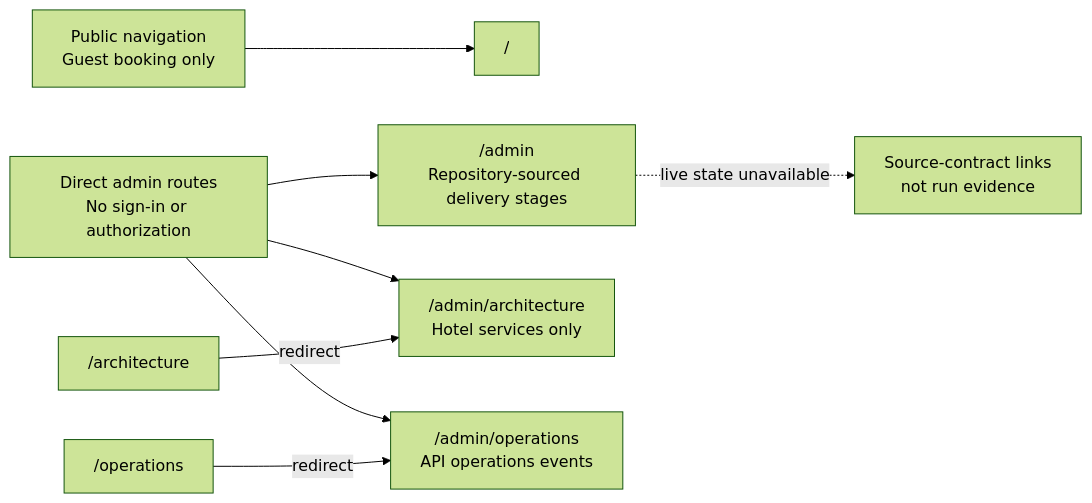
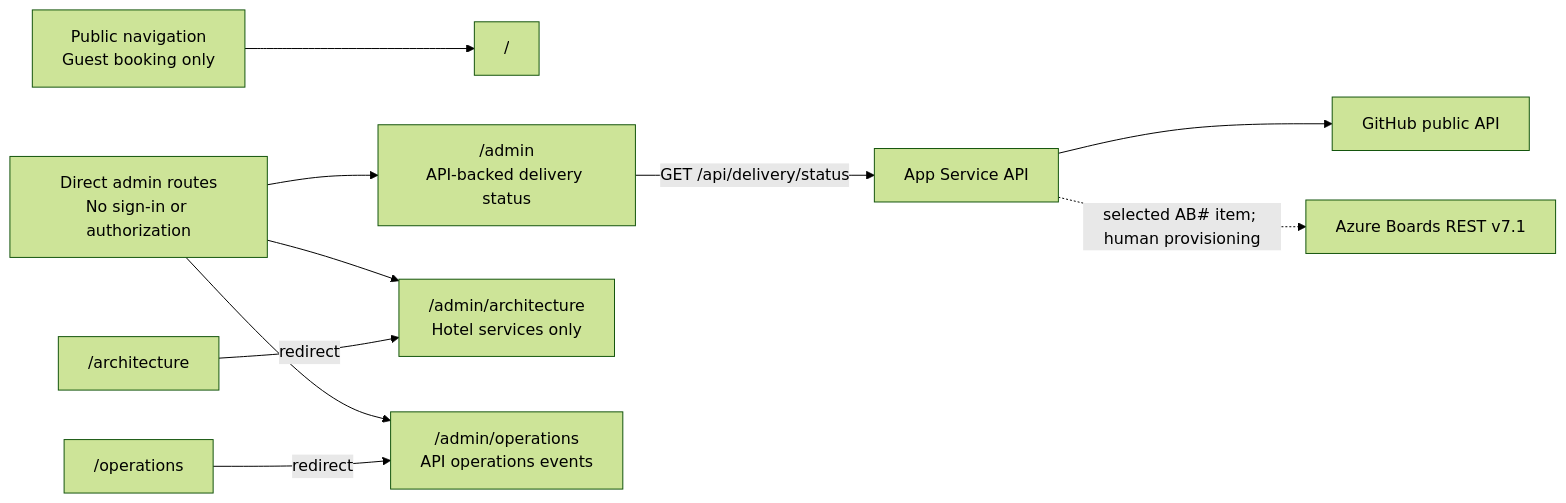
The fifth of 6 diagrams in docs/development-pipeline/PRESENTATION.md (cihanduruer/agentic-development), drawn with Mermaid (forest theme) before and after one commit. The commit also changed other lines of this file and 27 other files, not shown here.

Commit message:
Implement AB#965 live delivery status

````diff
--- a/docs/development-pipeline/PRESENTATION.md
+++ b/docs/development-pipeline/PRESENTATION.md
@@ -443,10 +443,12 @@
 ```mermaid
 flowchart LR
     PUBLIC["Public navigation<br/>Guest booking only"] --> HOME["/"]
-    DIRECT["Direct admin routes<br/>No sign-in or authorization"] --> OVERVIEW["/admin<br/>Repository-sourced delivery stages"]
+    DIRECT["Direct admin routes<br/>No sign-in or authorization"] --> OVERVIEW["/admin<br/>API-backed delivery status"]
+    OVERVIEW -->|GET /api/delivery/status| API["App Service API"]
+    API --> GH["GitHub public API"]
+    API -. selected AB# item; human provisioning .-> AB["Azure Boards REST v7.1"]
     DIRECT --> ARCH["/admin/architecture<br/>Hotel services only"]
     DIRECT --> OPS["/admin/operations<br/>API operations events"]
     OLD1["/architecture"] -->|redirect| ARCH
     OLD2["/operations"] -->|redirect| OPS
-    OVERVIEW -. "live state unavailable" .-> SOURCES["Source-contract links<br/>not run evidence"]
 ```
````
